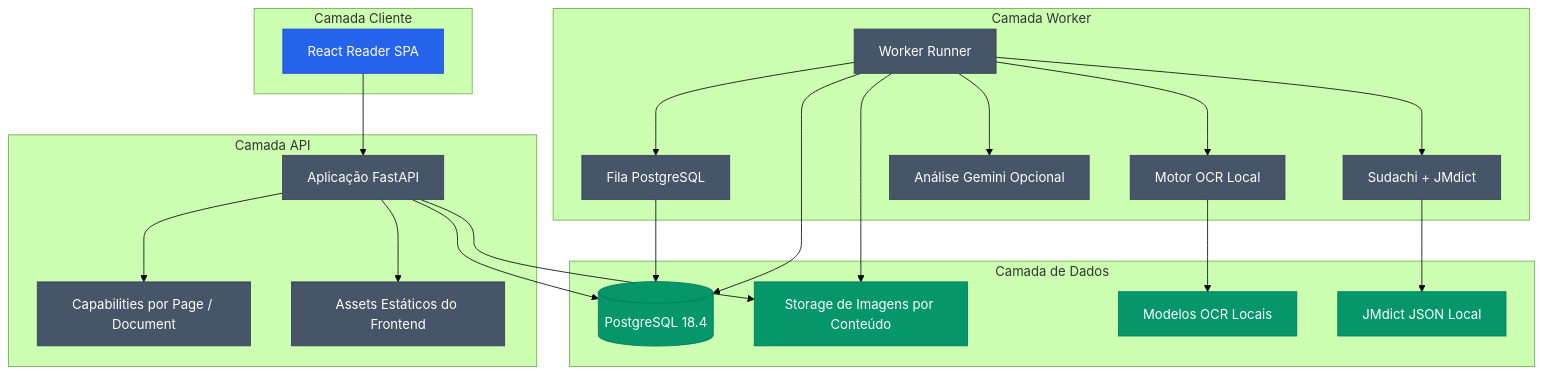
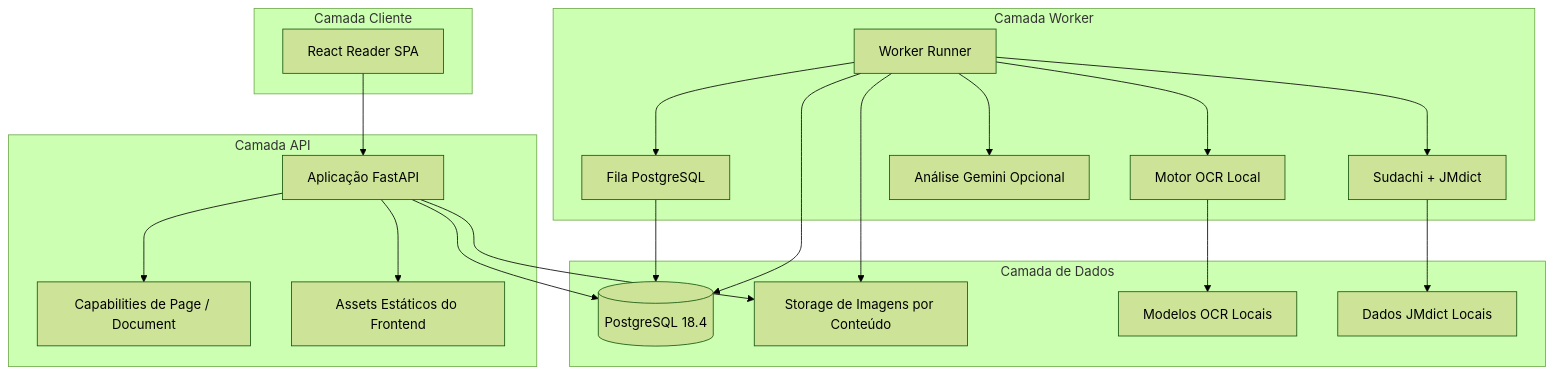
One commit to Gyliardson/mangasensei changed the diagram in README.pt-BR.md. Above: the diagram before and after it, drawn with Mermaid (forest theme). The commit also changed other lines of this file, not shown here.

````diff
--- a/README.pt-BR.md
+++ b/README.pt-BR.md
@@ -56,44 +233,38 @@
 ```mermaid
 flowchart TD
     subgraph Cliente["Camada Cliente"]
         Browser["React Reader SPA"]
     end
     subgraph API["Camada API"]
         FastAPI["Aplicação FastAPI"]
-        Capabilities["Capabilities por Page / Document"]
+        Capabilities["Capabilities de Page / Document"]
         Static["Assets Estáticos do Frontend"]
     end
     subgraph Worker["Camada Worker"]
         Runner["Worker Runner"]
         Queue["Fila PostgreSQL"]
         OCR["Motor OCR Local"]
         Linguistics["Sudachi + JMdict"]
         Gemini["Análise Gemini Opcional"]
     end
     subgraph Storage["Camada de Dados"]
         DB[("PostgreSQL 18.4")]
         Files["Storage de Imagens por Conteúdo"]
         Models["Modelos OCR Locais"]
-        Dictionary["JMdict JSON Local"]
+        Dictionary["Dados JMdict Locais"]
     end
     Browser --> FastAPI
     FastAPI --> Capabilities
     FastAPI --> Static
     FastAPI --> DB
     FastAPI --> Files
+    Runner --> Queue
     Queue --> DB
-    Runner --> Queue
     Runner --> OCR
     Runner --> Linguistics
     Runner --> Gemini
     OCR --> Models
     Linguistics --> Dictionary
     Runner --> DB
     Runner --> Files
-    classDef client fill:#2563eb,stroke:#1d4ed8,color:#ffffff;
-    classDef service fill:#475569,stroke:#334155,color:#ffffff;
-    classDef data fill:#059669,stroke:#047857,color:#ffffff;
-    class Browser client;
-    class FastAPI,Capabilities,Static,Runner,Queue,OCR,Linguistics,Gemini service;
-    class DB,Files,Models,Dictionary data;
 ```
````
